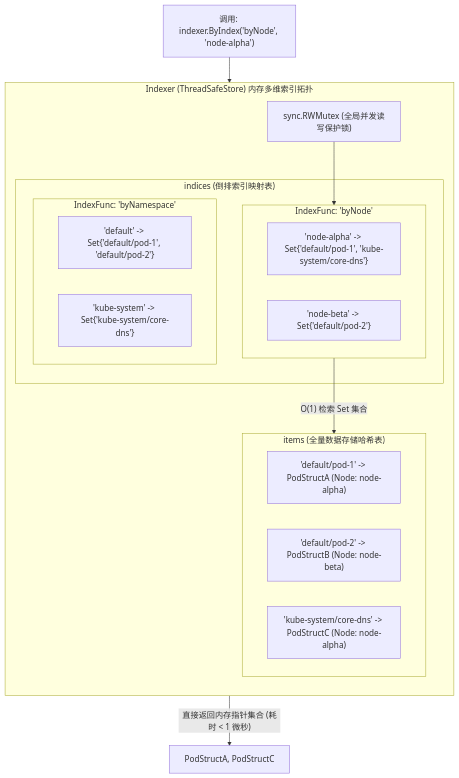
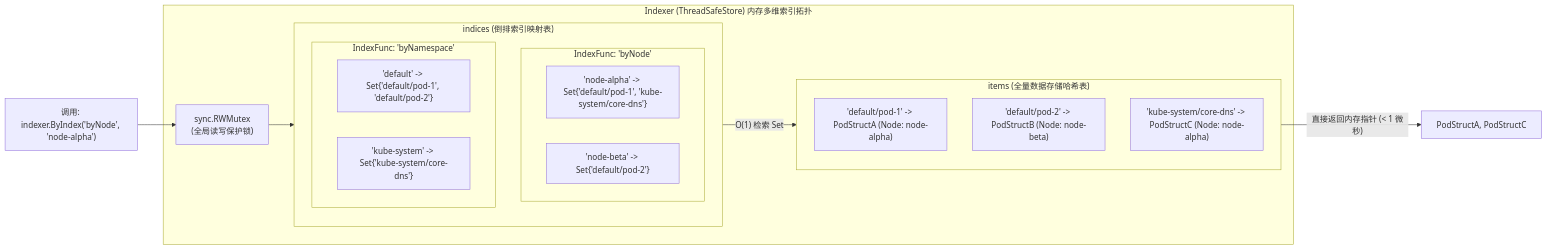
Before and after one commit to MoreConsequence/MoreConsequence.github.io: the fourth of 7 diagrams in content/posts/kubernetes-internals/k8s-03-client-go-informer-reflector-deltafifo.md, drawn with Mermaid. The commit also changed other lines of this file and 835 other files, not shown here.

First line of the commit message:
feat(blog): 全站33篇新增深度专栏与博文全量审核上线及矢量图表优化

````diff
--- a/content/posts/kubernetes-internals/k8s-03-client-go-informer-reflector-deltafifo.md
+++ b/content/posts/kubernetes-internals/k8s-03-client-go-informer-reflector-deltafifo.md
@@ -270,29 +232,31 @@
 ```mermaid
-flowchart TD
+flowchart LR
+    Query1["调用: indexer.ByIndex('byNode', 'node-alpha')"] --> Lock
+
     subgraph IndexerArch["Indexer (ThreadSafeStore) 内存多维索引拓扑"]
-        direction TB
-        Lock["sync.RWMutex (全局并发读写保护锁)"]
+        Lock["sync.RWMutex<br/>(全局读写保护锁)"]
         
-        subgraph Data["items (全量数据存储哈希表)"]
-            Obj1["'default/pod-1' -> PodStructA (Node: node-alpha)"]
-            Obj2["'default/pod-2' -> PodStructB (Node: node-beta)"]
-            Obj3["'kube-system/core-dns' -> PodStructC (Node: node-alpha)"]
-        end
-
         subgraph Indices["indices (倒排索引映射表)"]
+            direction TB
             subgraph NodeIndex["IndexFunc: 'byNode'"]
                 NodeA["'node-alpha' -> Set{'default/pod-1', 'kube-system/core-dns'}"]
                 NodeB["'node-beta' -> Set{'default/pod-2'}"]
             end
             subgraph NSIndex["IndexFunc: 'byNamespace'"]
                 NSDef["'default' -> Set{'default/pod-1', 'default/pod-2'}"]
                 NSKube["'kube-system' -> Set{'kube-system/core-dns'}"]
             end
         end
+
+        subgraph Data["items (全量数据存储哈希表)"]
+            direction TB
+            Obj1["'default/pod-1' -> PodStructA (Node: node-alpha)"]
+            Obj2["'default/pod-2' -> PodStructB (Node: node-beta)"]
+            Obj3["'kube-system/core-dns' -> PodStructC (Node: node-alpha)"]
+        end
     end
 
-    Query1["调用: indexer.ByIndex('byNode', 'node-alpha')"] --> Lock
     Lock --> NodeIndex
-    NodeIndex -->|"O(1) 检索 Set 集合"| Data
-    Data -->|"直接返回内存指针集合 (耗时 < 1 微秒)"| Result["PodStructA, PodStructC"]
+    NodeIndex -->|"O(1) 检索 Set"| Data
+    Data -->|"直接返回内存指针 (< 1 微秒)"| Result["PodStructA, PodStructC"]
 ```
````
